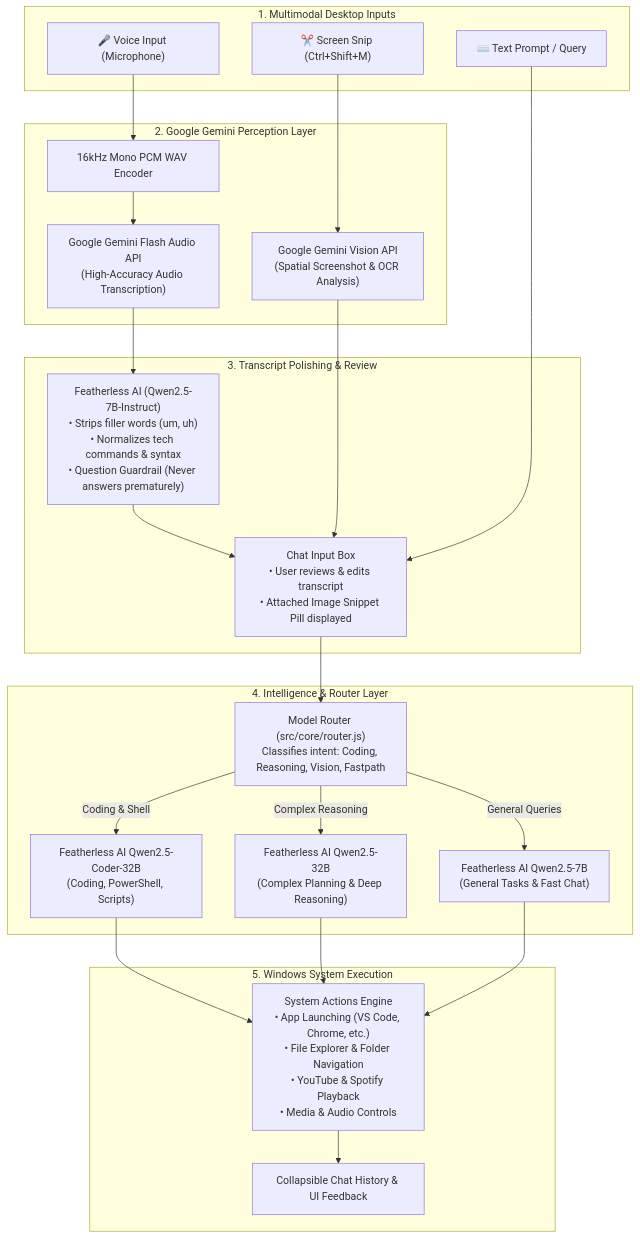
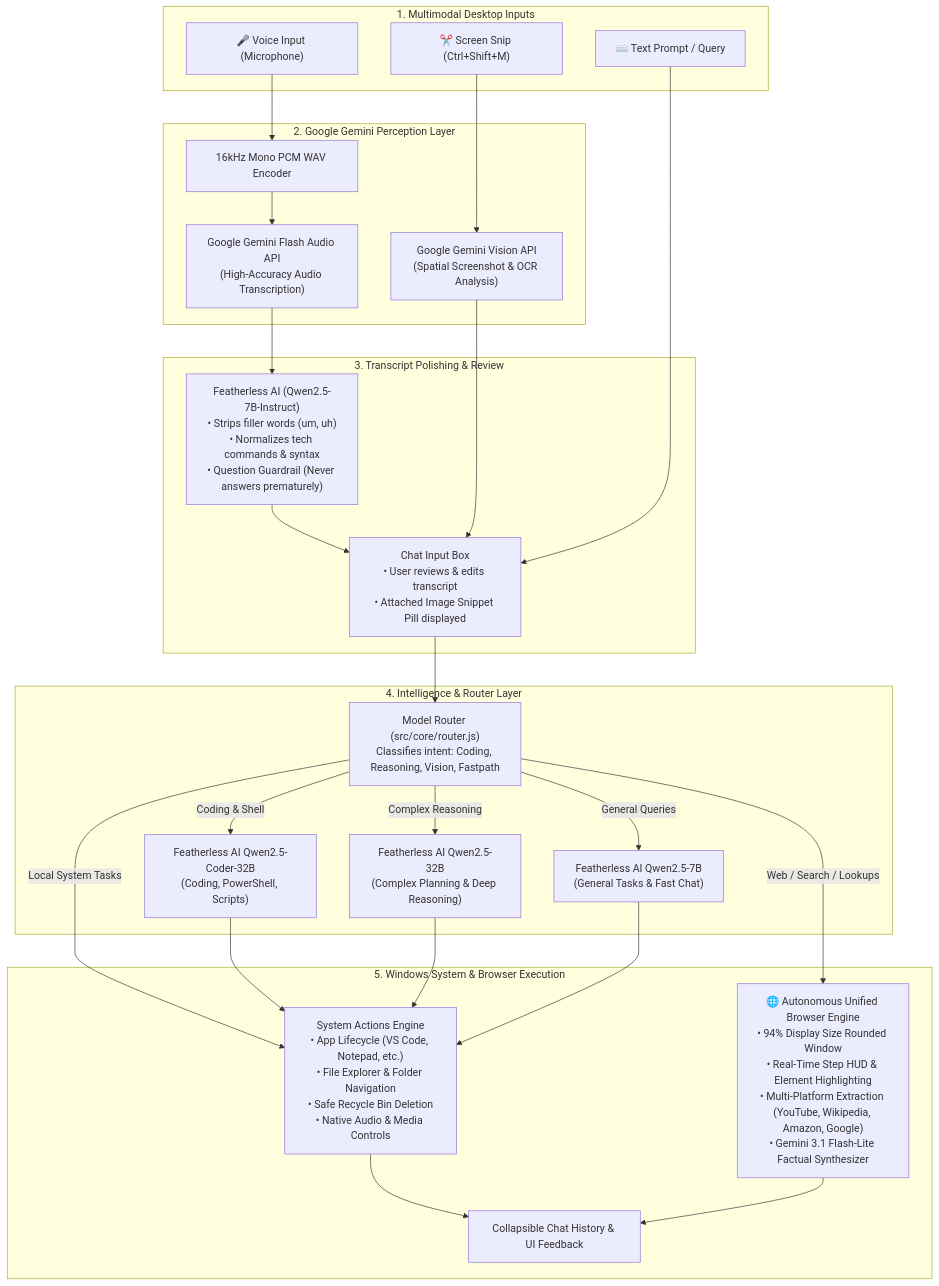
The diagram in README.md (agasthya2006/FahOS), drawn with Mermaid before and after one commit. The commit also changed other lines of this file and 1 other file, not shown here.

Commit message:
docs: add comprehensive system architecture blueprint and update documentation

````diff
--- a/README.md
+++ b/README.md
@@ -29,50 +30,54 @@
 ```mermaid
 flowchart TD
     subgraph Inputs["1. Multimodal Desktop Inputs"]
         A1["🎤 Voice Input (Microphone)"]
         A2["✂️ Screen Snip (Ctrl+Shift+M)"]
         A3["⌨️ Text Prompt / Query"]
     end
 
     subgraph Perception["2. Google Gemini Perception Layer"]
         B1["16kHz Mono PCM WAV Encoder"]
         B2["Google Gemini Flash Audio API<br/>(High-Accuracy Audio Transcription)"]
         B3["Google Gemini Vision API<br/>(Spatial Screenshot & OCR Analysis)"]
     end
 
     subgraph Refinement["3. Transcript Polishing & Review"]
         C1["Featherless AI (Qwen2.5-7B-Instruct)<br/>• Strips filler words (um, uh)<br/>• Normalizes tech commands & syntax<br/>• Question Guardrail (Never answers prematurely)"]
         C2["Chat Input Box<br/>• User reviews & edits transcript<br/>• Attached Image Snippet Pill displayed"]
     end
 
     subgraph Orchestration["4. Intelligence & Router Layer"]
         D1["Model Router (src/core/router.js)<br/>Classifies intent: Coding, Reasoning, Vision, Fastpath"]
         D2["Featherless AI Qwen2.5-Coder-32B<br/>(Coding, PowerShell, Scripts)"]
         D3["Featherless AI Qwen2.5-32B<br/>(Complex Planning & Deep Reasoning)"]
         D4["Featherless AI Qwen2.5-7B<br/>(General Tasks & Fast Chat)"]
     end
 
-    subgraph Execution["5. Windows System Execution"]
-        E1["System Actions Engine<br/>• App Launching (VS Code, Chrome, etc.)<br/>• File Explorer & Folder Navigation<br/>• YouTube & Spotify Playback<br/>• Media & Audio Controls"]
-        E2["Collapsible Chat History & UI Feedback"]
+    subgraph Execution["5. Windows System & Browser Execution"]
+        E1["System Actions Engine<br/>• App Lifecycle (VS Code, Notepad, etc.)<br/>• File Explorer & Folder Navigation<br/>• Safe Recycle Bin Deletion<br/>• Native Audio & Media Controls"]
+        E2["🌐 Autonomous Unified Browser Engine<br/>• 94% Display Size Rounded Window<br/>• Real-Time Step HUD & Element Highlighting<br/>• Multi-Platform Extraction (YouTube, Wikipedia, Amazon, Google)<br/>• Gemini 3.1 Flash-Lite Factual Synthesizer"]
+        E3["Collapsible Chat History & UI Feedback"]
     end
 
     %% Voice flow
     A1 --> B1 --> B2 --> C1 --> C2
     %% Snip flow
     A2 --> B3 --> C2
     %% Text prompt
     A3 --> C2
 
     %% Routing
     C2 --> D1
     D1 -->|Coding & Shell| D2
     D1 -->|Complex Reasoning| D3
     D1 -->|General Queries| D4
+    D1 -->|Web / Search / Lookups| E2
+    D1 -->|Local System Tasks| E1
 
     %% Action & Response
     D2 --> E1
     D3 --> E1
     D4 --> E1
-    E1 --> E2
+    E1 --> E3
+    E2 --> E3
 ```
````
